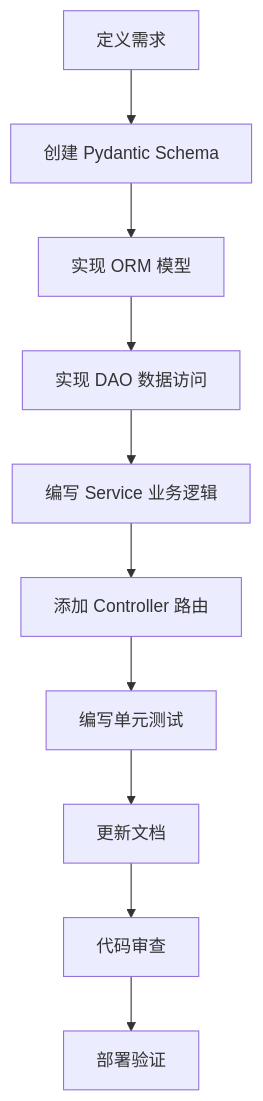
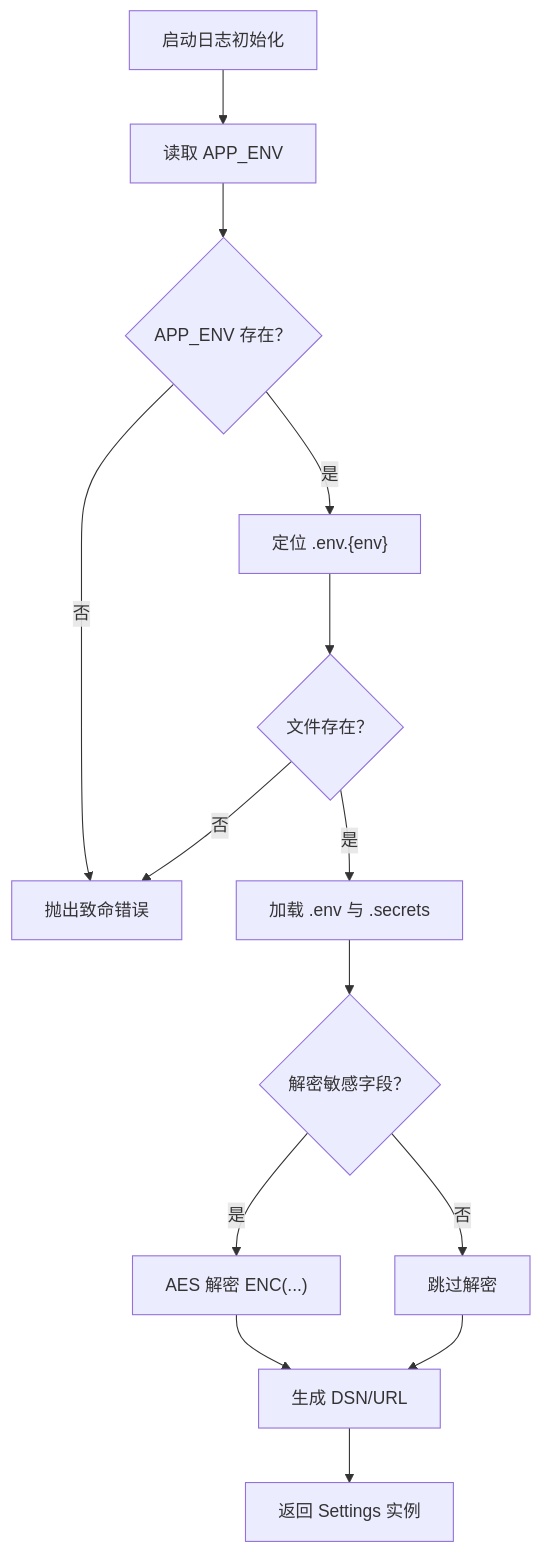
One commit to lilinzezzzzzz/fastapi-backend changed the fourth of 9 diagrams in .qoder/repowiki/zh/content/开发者指南.md. Above: the diagram before and after it, drawn with Mermaid. The commit also changed other lines of this file and 104 other files, not shown here.

````diff
--- a/.qoder/repowiki/zh/content/开发者指南.md
+++ b/.qoder/repowiki/zh/content/开发者指南.md
@@ -135,12 +216,16 @@
 ```mermaid
 flowchart TD
-A[定义需求] --> B[创建 Pydantic Schema]
-B --> C[实现 ORM 模型]
-C --> D[实现 DAO 数据访问]
-D --> E[编写 Service 业务逻辑]
-E --> F[添加 Controller 路由]
-F --> G[编写单元测试]
-G --> H[更新文档]
-H --> I[代码审查]
-I --> J[部署验证]
+A["启动日志初始化"] --> B["读取 APP_ENV"]
+B --> C{"APP_ENV 存在？"}
+C --> |否| D["抛出致命错误"]
+C --> |是| E["定位 .env.{env}"]
+E --> F{"文件存在？"}
+F --> |否| D
+F --> |是| G["加载 .env 与 .secrets"]
+G --> H{"解密敏感字段？"}
+H --> |是| I["AES 解密 ENC(...)"]
+H --> |否| J["跳过解密"]
+I --> K["生成 DSN/URL"]
+J --> K
+K --> L["返回 Settings 实例"]
 ```
````
